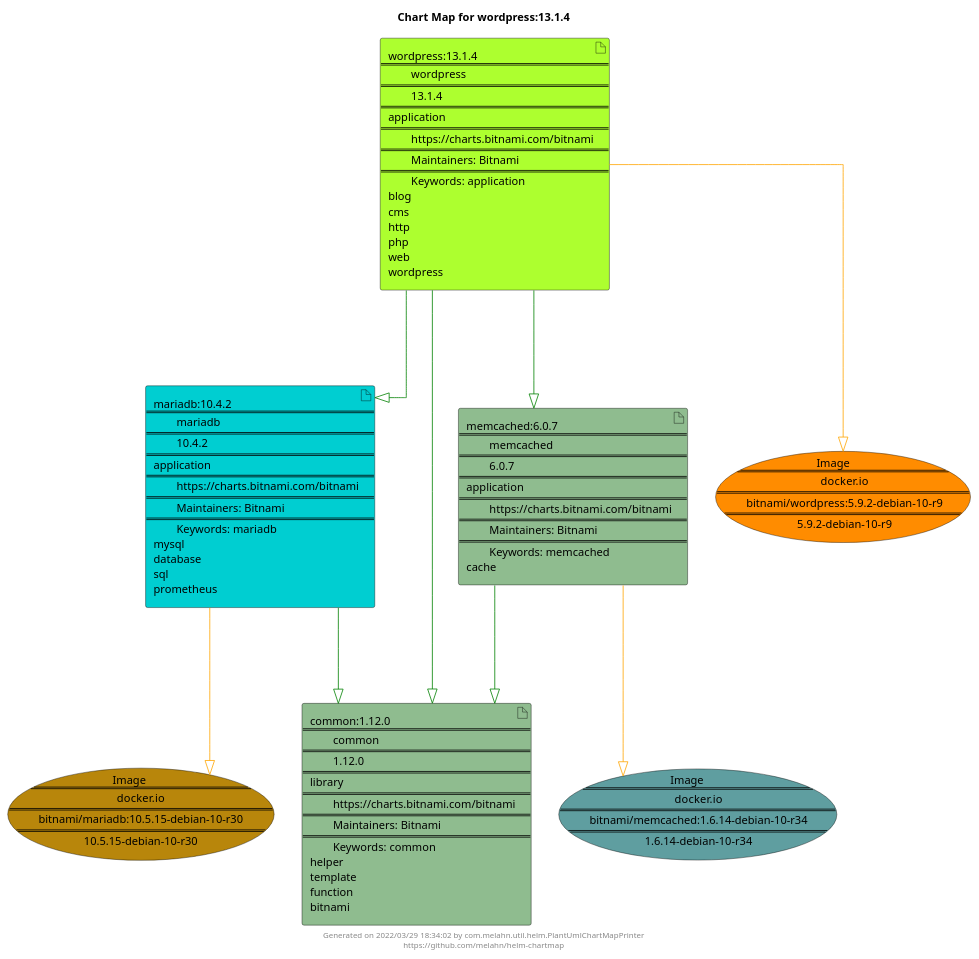
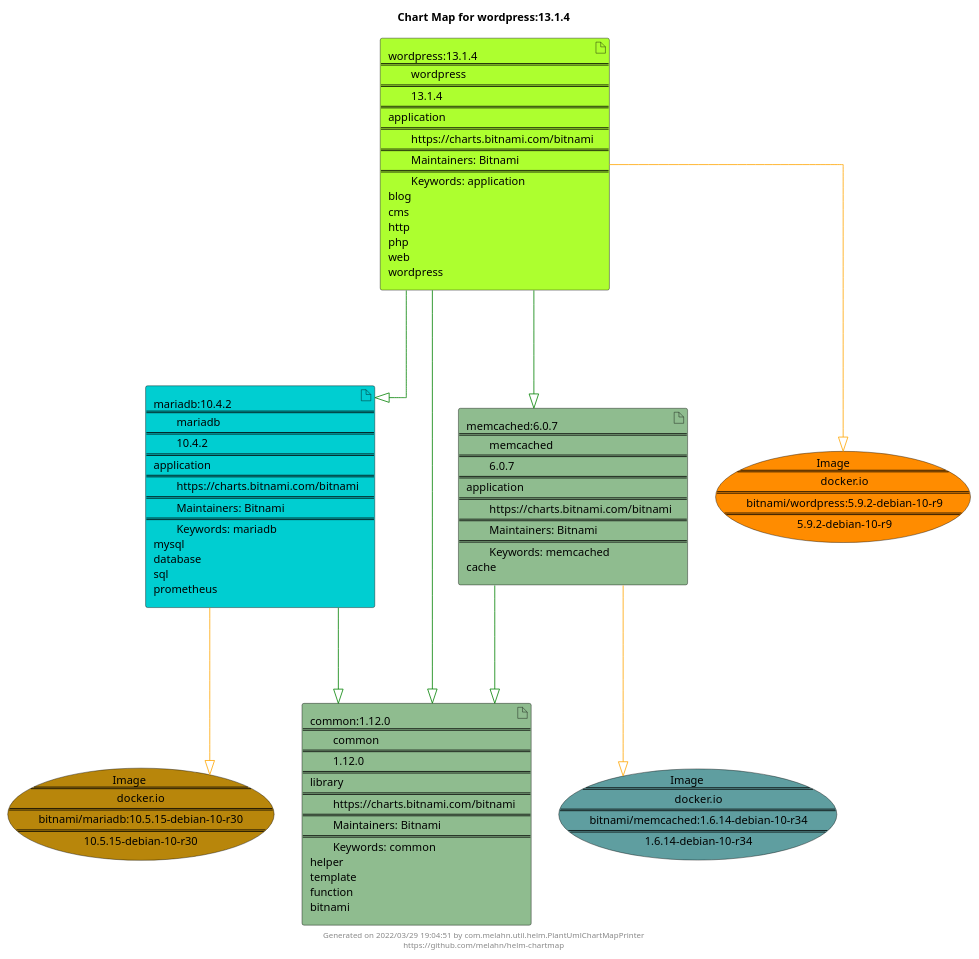
One commit to melahn/helm-chartmap changed the diagram in docs/wordpress/wordpress-13.1.4.puml. Above: the diagram before and after it, drawn with PlantUML. The commit also changed 51 other files, not shown here.

Commit message:
Update Example Chart Maps as part of GitHub build

```diff
--- a/docs/wordpress/wordpress-13.1.4.puml
+++ b/docs/wordpress/wordpress-13.1.4.puml
@@ -1,33 +1,33 @@
 @startuml
 skinparam linetype ortho
 skinparam backgroundColor white
 skinparam usecaseBorderColor black
 skinparam usecaseArrowColor LightSlateGray
 skinparam artifactBorderColor black
 skinparam artifactArrowColor LightSlateGray
 
 title Chart Map for wordpress:13.1.4
 
 'There are 4 referenced Helm Charts
 artifact "wordpress:13.1.4\n====\n\twordpress\n====\n\t13.1.4\n====\napplication\n====\n\thttps://charts.bitnami.com/bitnami\n====\n\tMaintainers: Bitnami\n====\n\tKeywords: application\nblog\ncms\nhttp\nphp\nweb\nwordpress" as wordpress_13_1_4 #GreenYellow
 artifact "mariadb:10.4.2\n====\n\tmariadb\n====\n\t10.4.2\n====\napplication\n====\n\thttps://charts.bitnami.com/bitnami\n====\n\tMaintainers: Bitnami\n====\n\tKeywords: mariadb\nmysql\ndatabase\nsql\nprometheus" as mariadb_10_4_2 #DarkTurquoise
 artifact "memcached:6.0.7\n====\n\tmemcached\n====\n\t6.0.7\n====\napplication\n====\n\thttps://charts.bitnami.com/bitnami\n====\n\tMaintainers: Bitnami\n====\n\tKeywords: memcached\ncache" as memcached_6_0_7 #DarkSeaGreen
 artifact "common:1.12.0\n====\n\tcommon\n====\n\t1.12.0\n====\nlibrary\n====\n\thttps://charts.bitnami.com/bitnami\n====\n\tMaintainers: Bitnami\n====\n\tKeywords: common\nhelper\ntemplate\nfunction\nbitnami" as common_1_12_0 #DarkSeaGreen
 
 'There are 3 referenced Docker Images
 usecase "Image\n====\n\tdocker.io\n====\n\tbitnami/mariadb:10.5.15-debian-10-r30\n====\n\t10.5.15-debian-10-r30" as docker_io_bitnami_mariadb_10_5_15_debian_10_r30 #DarkGoldenRod
 usecase "Image\n====\n\tdocker.io\n====\n\tbitnami/memcached:1.6.14-debian-10-r34\n====\n\t1.6.14-debian-10-r34" as docker_io_bitnami_memcached_1_6_14_debian_10_r34 #CadetBlue
 usecase "Image\n====\n\tdocker.io\n====\n\tbitnami/wordpress:5.9.2-debian-10-r9\n====\n\t5.9.2-debian-10-r9" as docker_io_bitnami_wordpress_5_9_2_debian_10_r9 #Darkorange
 
 'Chart Dependencies
 wordpress_13_1_4--[#green]-|>mariadb_10_4_2
 mariadb_10_4_2--[#green]-|>common_1_12_0
 wordpress_13_1_4--[#green]-|>memcached_6_0_7
 memcached_6_0_7--[#green]-|>common_1_12_0
 wordpress_13_1_4--[#green]-|>common_1_12_0
 wordpress_13_1_4--[#orange]-|>docker_io_bitnami_wordpress_5_9_2_debian_10_r9
 mariadb_10_4_2--[#orange]-|>docker_io_bitnami_mariadb_10_5_15_debian_10_r30
 memcached_6_0_7--[#orange]-|>docker_io_bitnami_memcached_1_6_14_debian_10_r34
 
-center footer Generated on 2022/03/29 18:34:02 by com.melahn.util.helm.PlantUmlChartMapPrinter\nhttps://github.com/melahn/helm-chartmap
+center footer Generated on 2022/03/29 19:04:51 by com.melahn.util.helm.PlantUmlChartMapPrinter\nhttps://github.com/melahn/helm-chartmap
 @enduml
```
